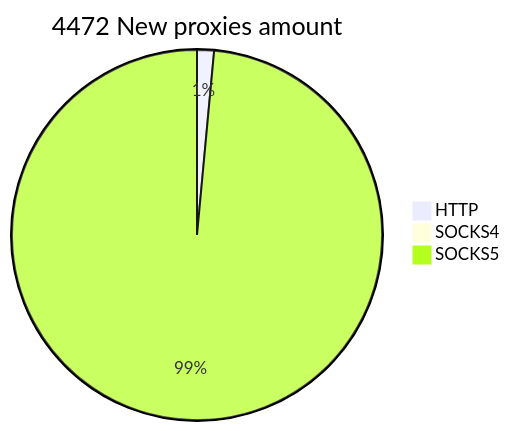
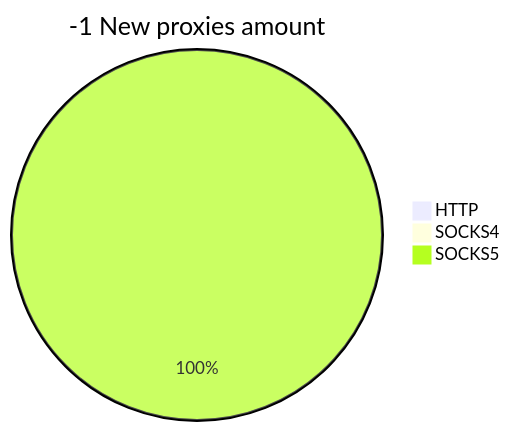
Before and after one commit to cutipu/proxylist: the second of 2 diagrams in README.md, drawn with Mermaid. The commit also changed other lines of this file, not shown here.

````diff
--- a/README.md
+++ b/README.md
@@ -10,6 +10,6 @@
 ```mermaid
-pie title 4472 New proxies amount
-    "HTTP" : 66
+pie title -1 New proxies amount
+    "HTTP" : 0
     "SOCKS4" : 0
-    "SOCKS5" : 4406
+    "SOCKS5" : 1
 ```
````
